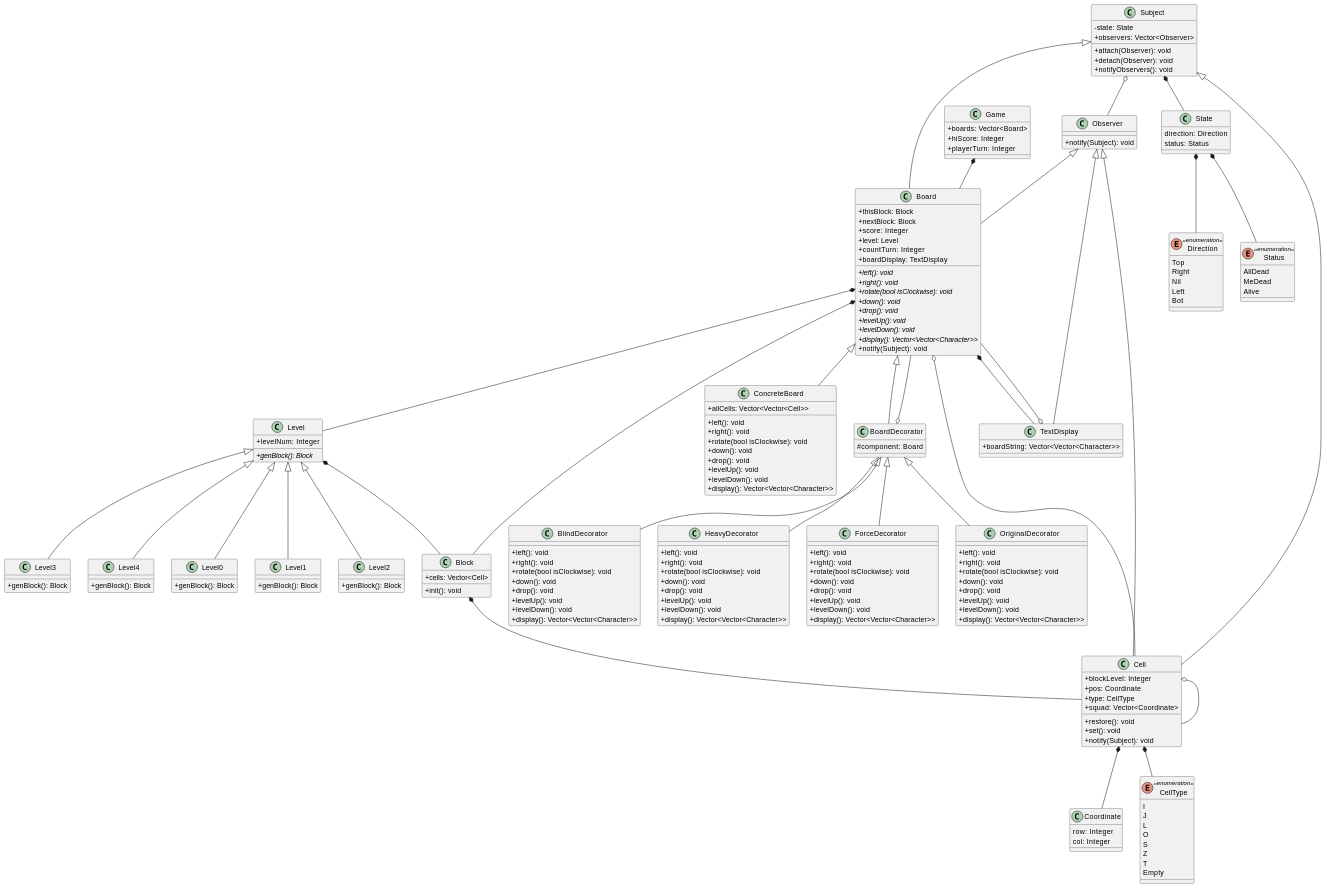
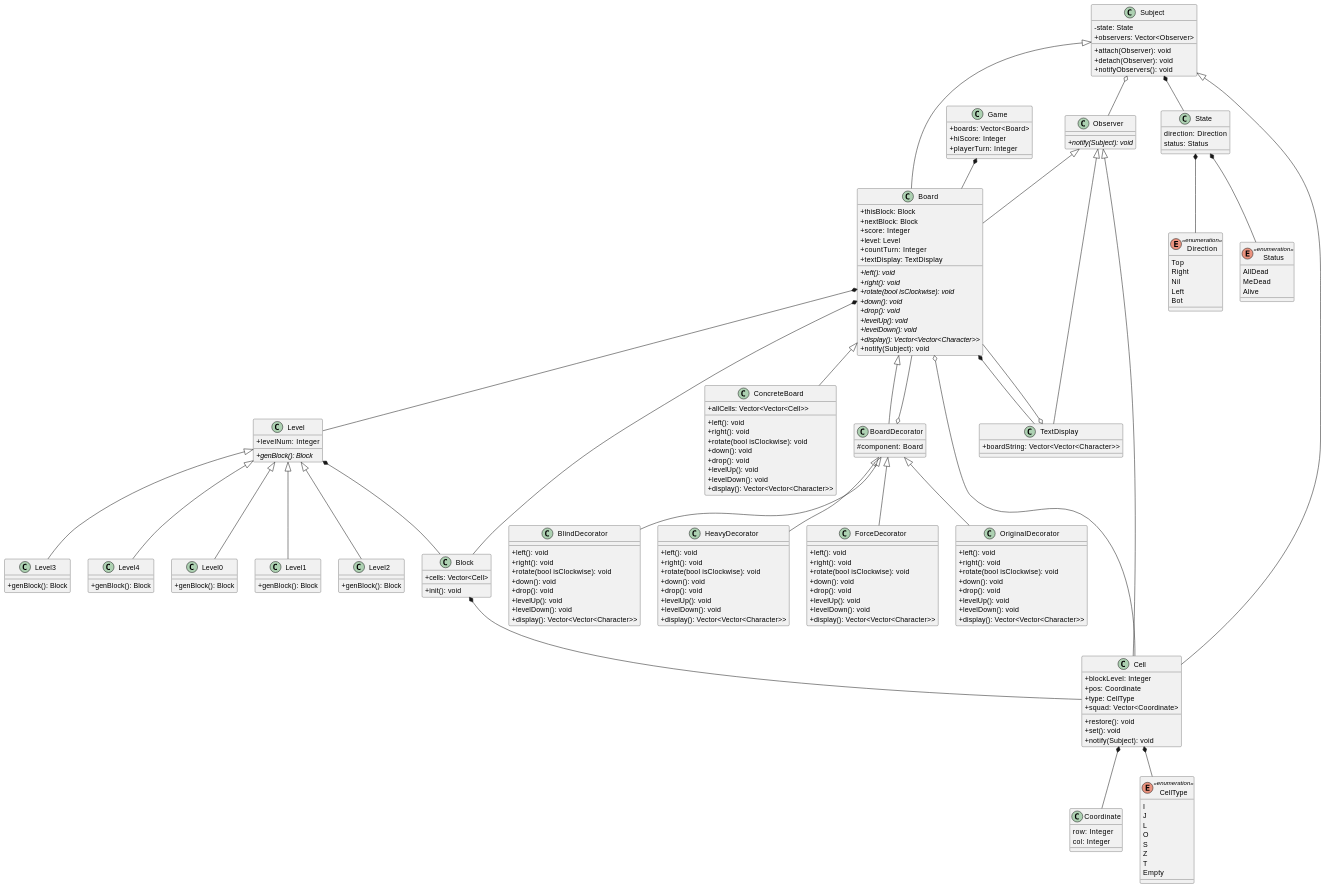
One commit to MatthewZMD/TetrisDual changed the diagram in doc/uml.org. Above: the diagram before and after it, drawn with PlantUML. The commit also changed 12 other files, not shown here.

```diff
--- a/doc/uml.org
+++ b/doc/uml.org
@@ -16,7 +16,7 @@
           + score: Integer
           + level: Level
           + countTurn: Integer
-          + boardDisplay: TextDisplay
+          + textDisplay: TextDisplay
           + {abstract} left(): void
           + {abstract} right(): void
           + {abstract} rotate(bool isClockwise): void
@@ -167,7 +167,7 @@
   Subject *-- State
 
   class Observer{
-          + notify(Subject): void
+          + {abstract} notify(Subject): void
   }
 
   Subject o-- Observer
@@ -191,8 +191,6 @@
   Observer <|-- Cell
 
   Block *-- Cell
-
-  Cell o-- Cell
 
   enum CellType << enumeration >> {
           I
```
